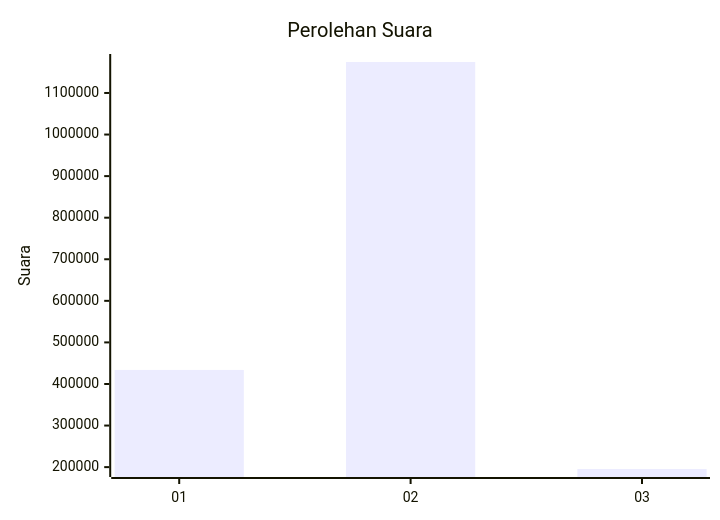
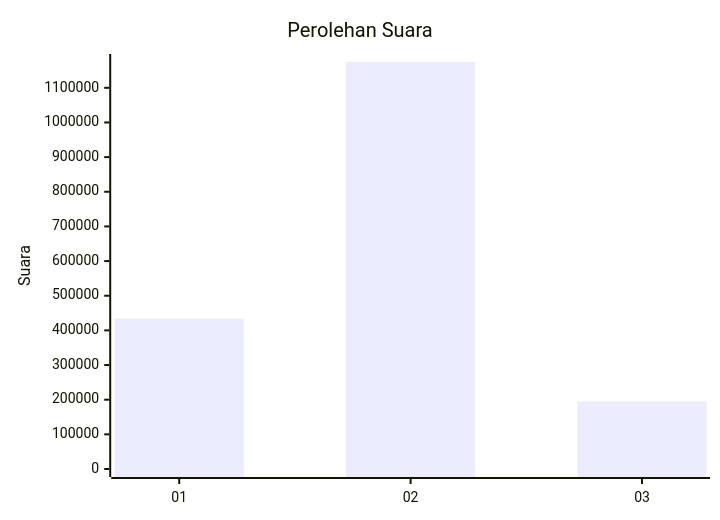
One commit to gigit-pemilu/pemilu-2024 changed the first of 2 diagrams in pilpres/hitung-suara/sub/table-wilayah-15.md. Above: the diagram before and after it, drawn with Mermaid. The commit also changed 42 other files, not shown here.

````diff
--- a/pilpres/hitung-suara/sub/table-wilayah-15.md
+++ b/pilpres/hitung-suara/sub/table-wilayah-15.md
@@ -7,7 +7,7 @@
 ```mermaid
 xychart-beta
     title "Perolehan Suara"
     x-axis [01, 02, 03]
-    y-axis "Suara"
+    y-axis "Suara" 0 --> 1174491
     bar [433738, 1174491, 195492]
 ```
````
